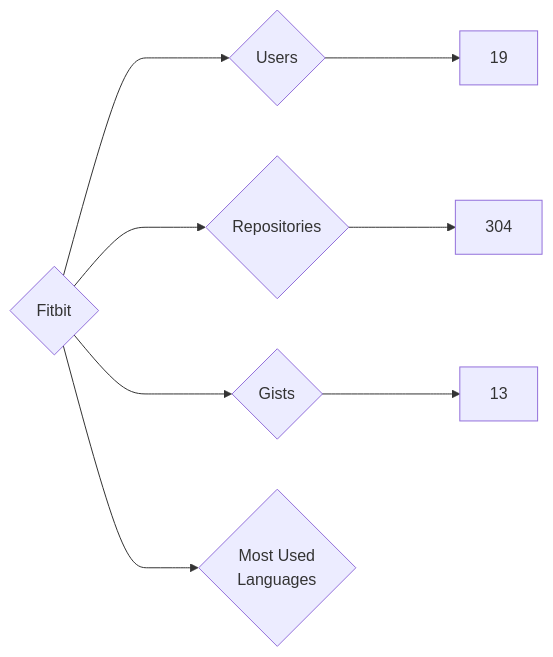
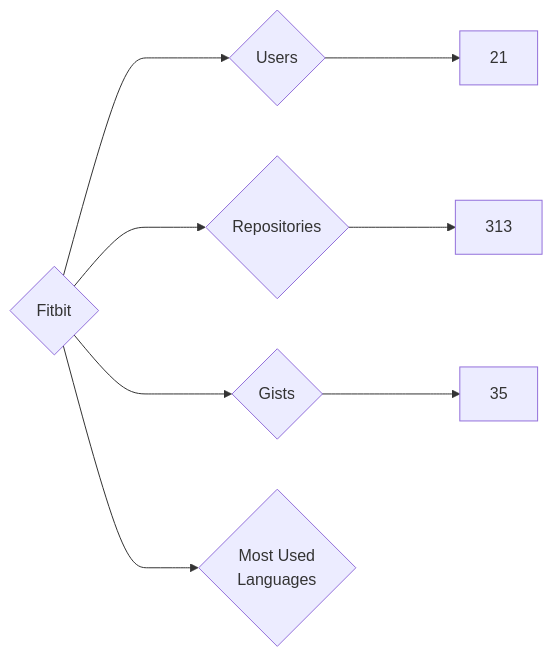
One commit to nenadzaric/insiders changed the diagram in targets/Fitbit/README.md. Above: the diagram before and after it, drawn with Mermaid. The commit also changed 1342 other files, not shown here.

````diff
--- a/targets/Fitbit/README.md
+++ b/targets/Fitbit/README.md
@@ -3,8 +3,8 @@
 ```mermaid
 graph LR
 COMPANY_NAME{Fitbit}
-COMPANY_NAME ---> U{Users} ---> UN[19]
-COMPANY_NAME ---> R{Repositories} ---> RN[304]
-COMPANY_NAME ---> G{Gists} ---> GN[13]
+COMPANY_NAME ---> U{Users} ---> UN[21]
+COMPANY_NAME ---> R{Repositories} ---> RN[313]
+COMPANY_NAME ---> G{Gists} ---> GN[35]
 COMPANY_NAME ---> ML{Most Used<br>Languages}
 ```
````
